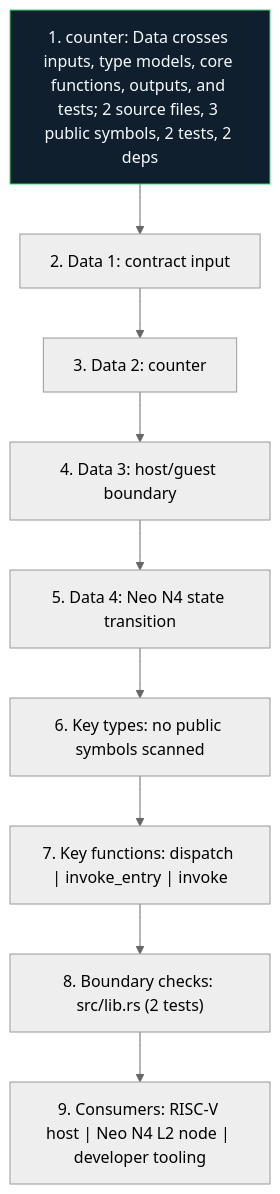
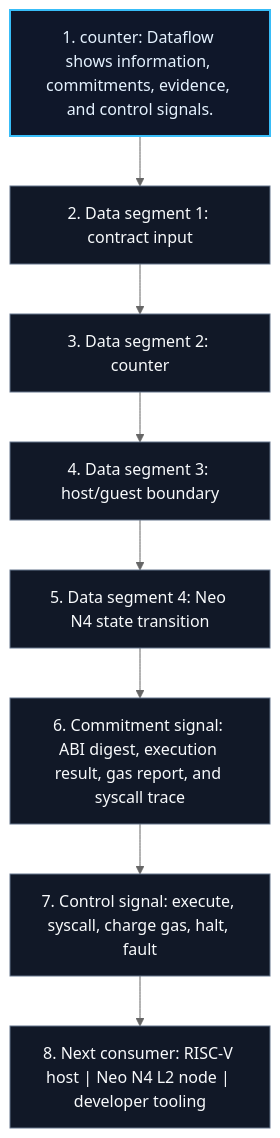
One commit to r3e-network/neo-riscv-vm changed the diagram in examples/counter/docs/figures/dataflow.mmd. Above: the diagram before and after it, drawn with Mermaid (neutral theme). The commit also changed 831 other files, not shown here.

Commit message:
Replace crate diagrams with technical views

```diff
--- a/examples/counter/docs/figures/dataflow.mmd
+++ b/examples/counter/docs/figures/dataflow.mmd
@@ -1,20 +1,20 @@
 flowchart TB
-    N1["1. counter: Data crosses inputs, type models, core functions, outputs, and tests; 2 source files, 3 public symbols, 2 tests, 2 deps"]
-    N2["2. Data 1: contract input"]
-    N3["3. Data 2: counter"]
-    N4["4. Data 3: host/guest boundary"]
-    N5["5. Data 4: Neo N4 state transition"]
-    N6["6. Key types: no public symbols scanned"]
-    N7["7. Key functions: dispatch | invoke_entry | invoke"]
-    N8["8. Boundary checks: src/lib.rs (2 tests)"]
-    N9["9. Consumers: RISC-V host | Neo N4 L2 node | developer tooling"]
+    N1["1. counter: Dataflow shows information, commitments, evidence, and control signals."]
+    N2["2. Data segment 1: contract input"]
+    N3["3. Data segment 2: counter"]
+    N4["4. Data segment 3: host/guest boundary"]
+    N5["5. Data segment 4: Neo N4 state transition"]
+    N6["6. Commitment signal: ABI digest, execution result, gas report, and syscall trace"]
+    N7["7. Control signal: execute, syscall, charge gas, halt, fault"]
+    N8["8. Next consumer: RISC-V host | Neo N4 L2 node | developer tooling"]
     N1 --> N2
     N2 --> N3
     N3 --> N4
     N4 --> N5
     N5 --> N6
     N6 --> N7
     N7 --> N8
-    N8 --> N9
-    classDef crate fill:#101f2d,stroke:#38d978,color:#f6fbff
-    class N1 crate
+    classDef core fill:#0f172a,stroke:#38bdf8,color:#e5f2ff,stroke-width:2px;
+    classDef support fill:#111827,stroke:#64748b,color:#f8fafc;
+    class N1 core;
+    class N2,N3,N4,N5,N6,N7,N8 support;
```
